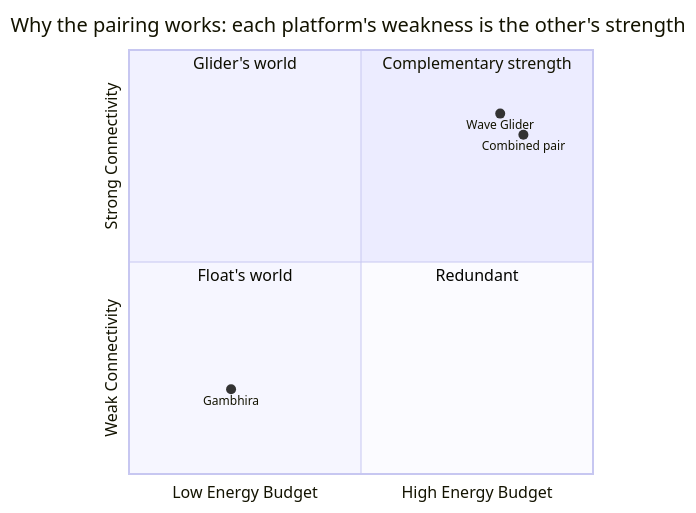
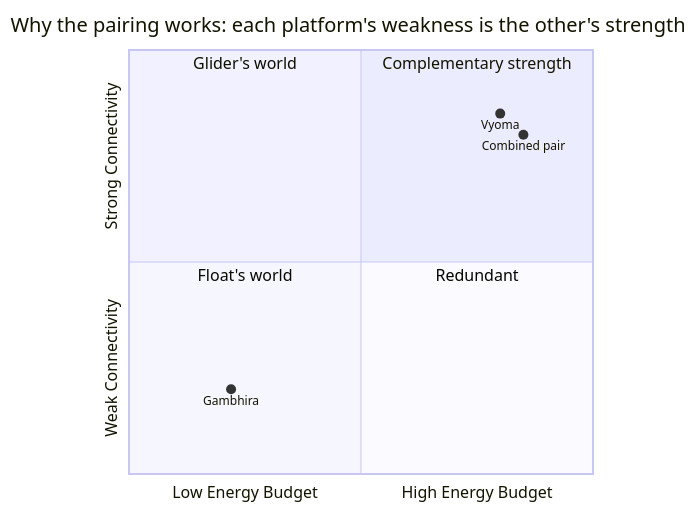
The sixth of 34 diagrams in README.md (DAnuraag/Dhakshin), drawn with Mermaid before and after one commit. The commit also changed other lines of this file, not shown here.

````diff
--- a/README.md
+++ b/README.md
@@ -1402,13 +1402,13 @@
 ```mermaid
 quadrantChart
     title Why the pairing works: each platform's weakness is the other's strength
     x-axis Low Energy Budget --> High Energy Budget
     y-axis Weak Connectivity --> Strong Connectivity
     quadrant-1 "Complementary strength"
     quadrant-2 "Glider's world"
     quadrant-3 "Float's world"
     quadrant-4 "Redundant"
     "Gambhira": [0.22, 0.2]
-    "Wave Glider": [0.8, 0.85]
+    "Vyoma": [0.8, 0.85]
     "Combined pair": [0.85, 0.8]
 ```
````
